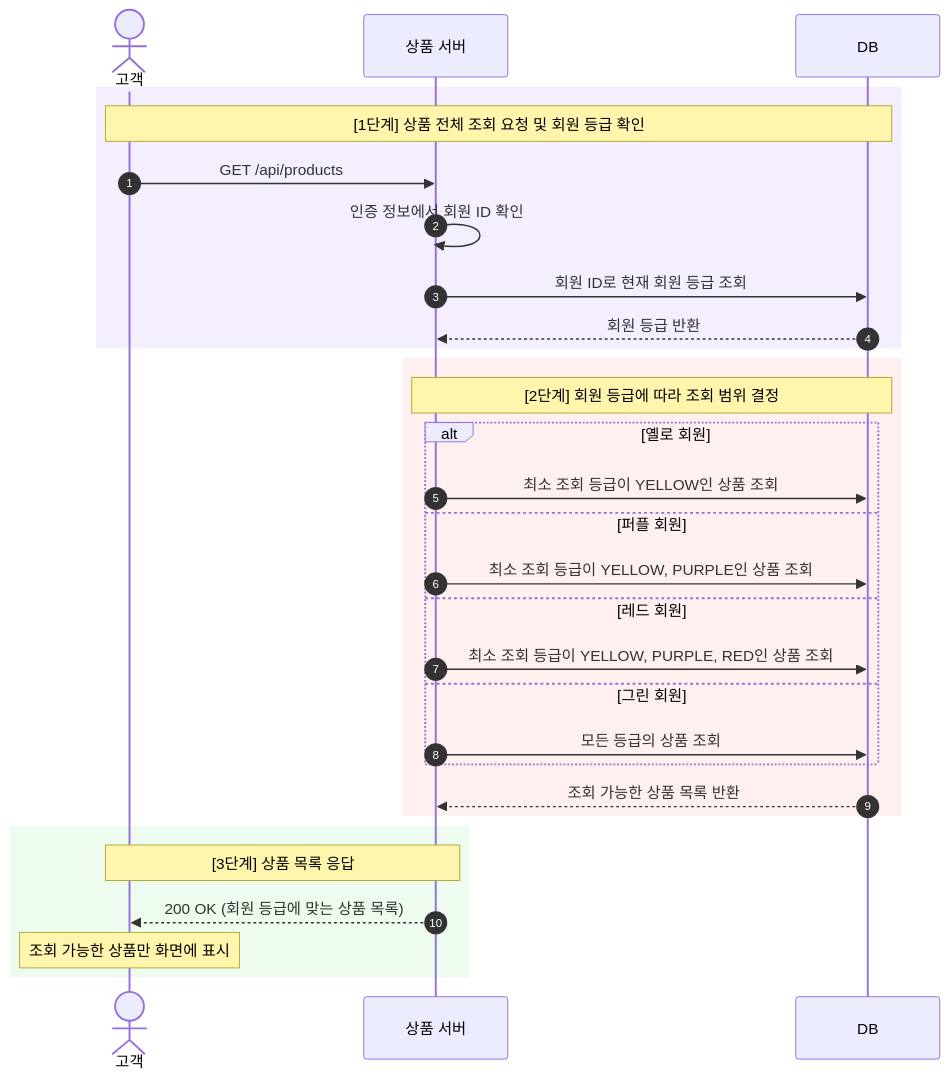
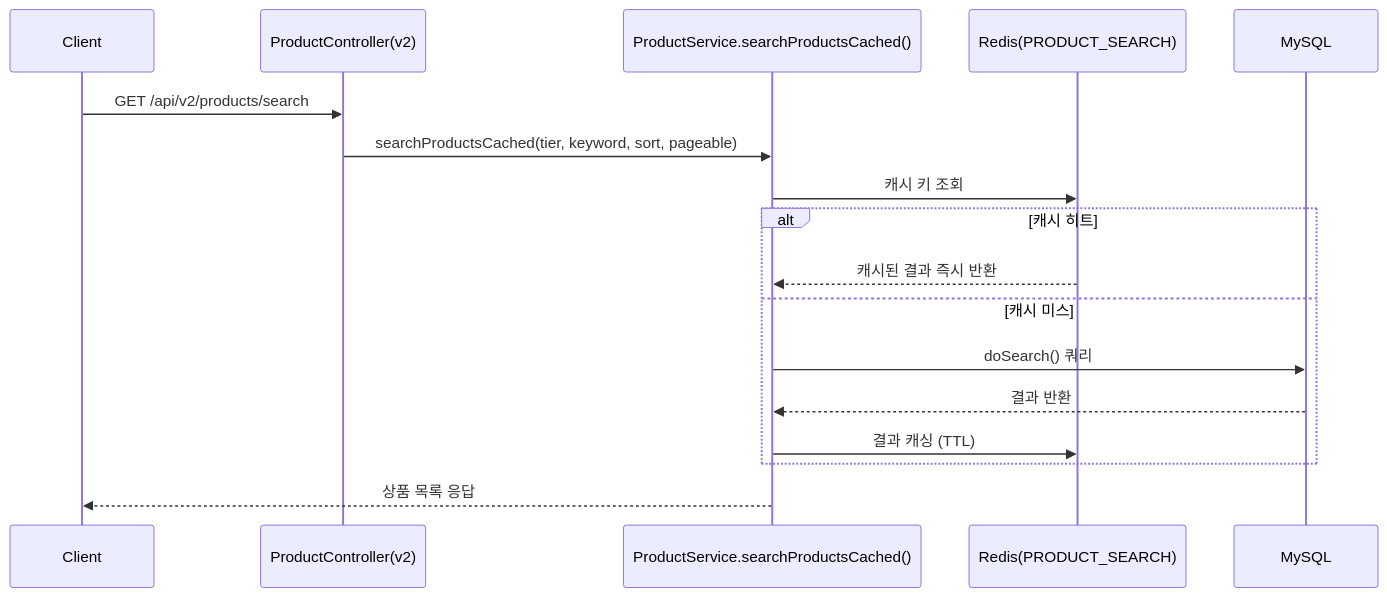
Before and after one commit to team-4-ladder/Murder-Help: the second of 3 diagrams in README.md, drawn with Mermaid. The commit also changed other lines of this file, not shown here.

````diff
--- a/README.md
+++ b/README.md
@@ -291,39 +112,20 @@
 ```mermaid
 sequenceDiagram
-    autonumber
-    actor Customer as 고객
-    participant Server as 상품 서버
-    participant DB as DB
+    participant C as Client
+    participant API as ProductController(v2)
+    participant SVC as ProductService.searchProductsCached()
+    participant R as Redis(PRODUCT_SEARCH)
+    participant DB as MySQL
 
-    rect rgb(245, 238, 255)
-        Note over Customer,DB: [1단계] 상품 전체 조회 요청 및 회원 등급 확인
-
-        Customer->>Server: GET /api/products
-        Server->>Server: 인증 정보에서 회원 ID 확인
-        Server->>DB: 회원 ID로 현재 회원 등급 조회
-        DB-->>Server: 회원 등급 반환
+    C->>API: GET /api/v2/products/search
+    API->>SVC: searchProductsCached(tier, keyword, sort, pageable)
+    SVC->>R: 캐시 키 조회
+    alt 캐시 히트
+        R-->>SVC: 캐시된 결과 즉시 반환
+    else 캐시 미스
+        SVC->>DB: doSearch() 쿼리
+        DB-->>SVC: 결과 반환
+        SVC->>R: 결과 캐싱 (TTL)
     end
-
-    rect rgb(255, 240, 240)
-        Note over Server,DB: [2단계] 회원 등급에 따라 조회 범위 결정
-
-        alt 옐로 회원
-            Server->>DB: 최소 조회 등급이 YELLOW인 상품 조회
-        else 퍼플 회원
-            Server->>DB: 최소 조회 등급이 YELLOW, PURPLE인 상품 조회
-        else 레드 회원
-            Server->>DB: 최소 조회 등급이 YELLOW, PURPLE, RED인 상품 조회
-        else 그린 회원
-            Server->>DB: 모든 등급의 상품 조회
-        end
-
-        DB-->>Server: 조회 가능한 상품 목록 반환
-    end
-
-    rect rgb(238, 252, 240)
-        Note over Customer,Server: [3단계] 상품 목록 응답
-
-        Server-->>Customer: 200 OK (회원 등급에 맞는 상품 목록)
-        Note over Customer: 조회 가능한 상품만 화면에 표시
-    end
+    SVC-->>C: 상품 목록 응답
 ```
````
